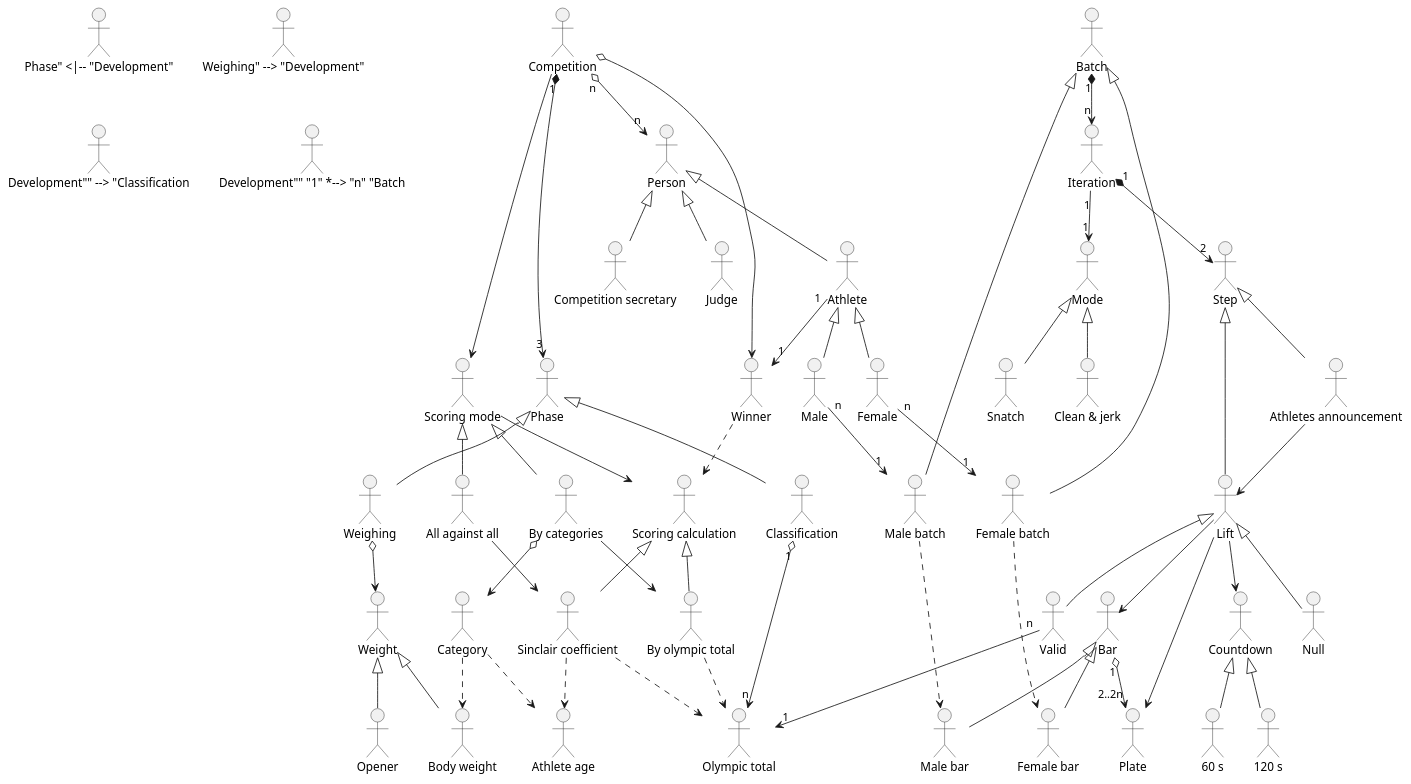
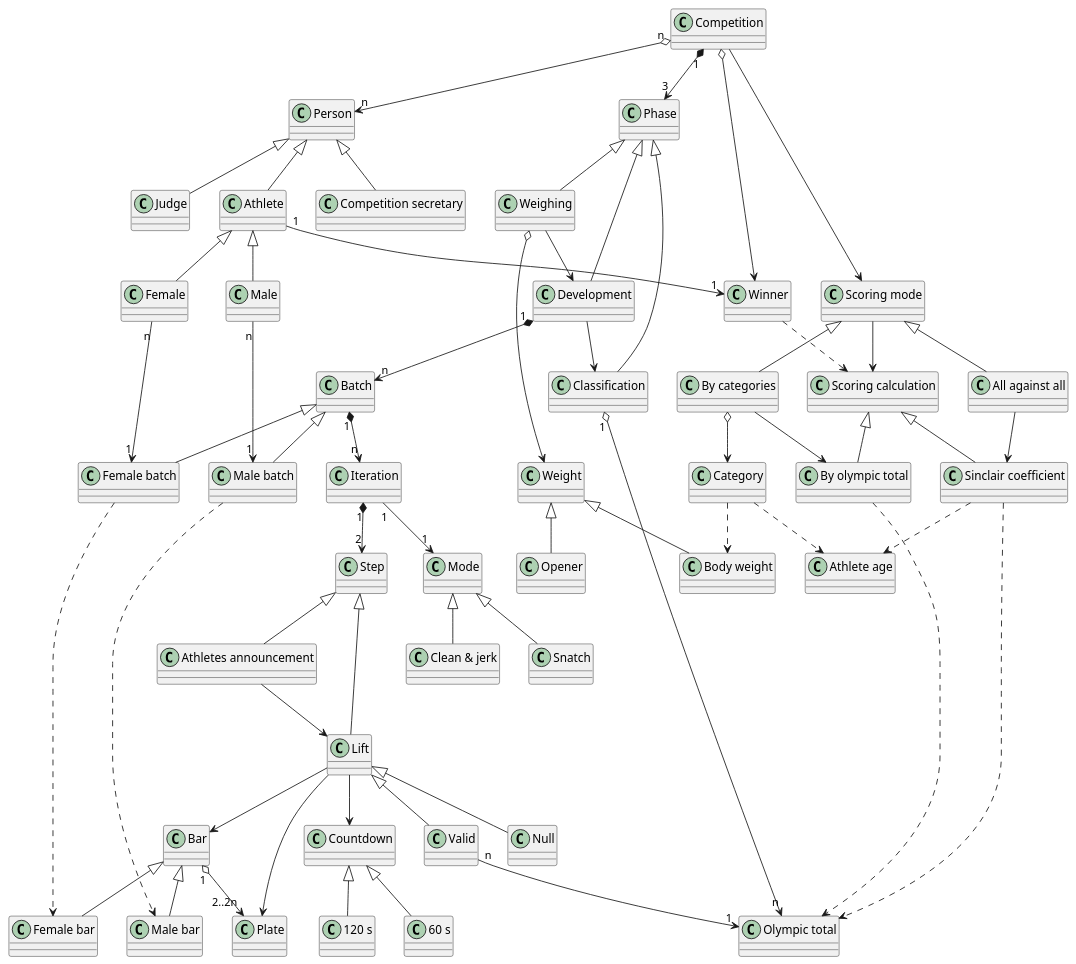
The diagram in modelDomain/wipCompetitionDomainModel.puml (zuldare/mastercloud_pfm_halterocms), drawn with PlantUML before and after one commit.

```diff
--- a/modelDomain/wipCompetitionDomainModel.puml
+++ b/modelDomain/wipCompetitionDomainModel.puml
@@ -1,67 +1,67 @@
 @startuml
 "Competition" "1" *--> "3" "Phase"
 "Competition" "n" o--> "n" "Person"
 "Person" <|-- "Athlete"
 "Athlete" <|-- "Male"
 "Athlete" <|-- "Female"
 "Person" <|-- "Judge"
 "Person" <|-- "Competition secretary"
 "Phase" <|-- "Weighing"
-"Phase" <|-- "Development""
+"Phase" <|-- "Development"
 "Phase" <|-- "Classification"
-"Weighing" --> "Development""
-"Development"" --> "Classification"
+"Weighing" --> "Development"
+"Development" --> "Classification"
 "Classification" "1" o--> "n" "Olympic total"
 "Weighing" o--> "Weight"
 "Weight" <|-- "Body weight"
 "Weight" <|-- "Opener"
-"Development"" "1" *--> "n" "Batch"
+"Development" "1" *--> "n" "Batch"
 "Batch" <|-- "Male batch"
 "Batch" <|-- "Female batch"
 "Male" "n" --> "1" "Male batch"
 "Female" "n" --> "1" "Female batch"
 "Batch" "1" *--> "n" "Iteration"
 "Iteration" "1" *--> "2" "Step"
 "Step" <|-- "Athletes announcement"
 "Step" <|-- "Lift"
 "Lift" <|-- "Null"
 "Lift" <|-- "Valid"
 "Valid" "n" --> "1" "Olympic total"
 "Lift" --> "Countdown"
 "Countdown" <|-- "60 s"
 "Countdown" <|-- "120 s"
 "Athletes announcement" --> "Lift"
 "Mode" <|-- "Snatch"
 "Mode" <|-- "Clean & jerk"
 "Iteration" "1" --> "1" "Mode"
 "Category" ..> "Body weight"
 "Category" ..> "Athlete age"
 "Bar" <|-- "Male bar"
 "Bar" <|-- "Female bar"
 "Bar" "1" o--> "2..2n" "Plate"
 "Male batch" ..> "Male bar"
 "Female batch" ..> "Female bar"
 "Lift" --> "Bar"
 "Lift" --> "Plate"
 
 "Competition" --> "Scoring mode"
 "Scoring mode" <|-- "By categories"
 "Scoring mode" <|-- "All against all"
 
 "Scoring calculation" <|-- "By olympic total"
 "Scoring calculation" <|-- "Sinclair coefficient"
 
 "By olympic total" ..> "Olympic total"
 "Sinclair coefficient" ..> "Athlete age"
 "Sinclair coefficient" ..> "Olympic total"
 
 "Scoring mode" --> "Scoring calculation"
 "By categories" --> "By olympic total"
 "All against all" --> "Sinclair coefficient"
 
 "By categories" o--> "Category"
 
 "Athlete" "1" --> "1" "Winner"
 "Competition" o--> "Winner"
 "Winner" ..> "Scoring calculation"
 @enduml
```
